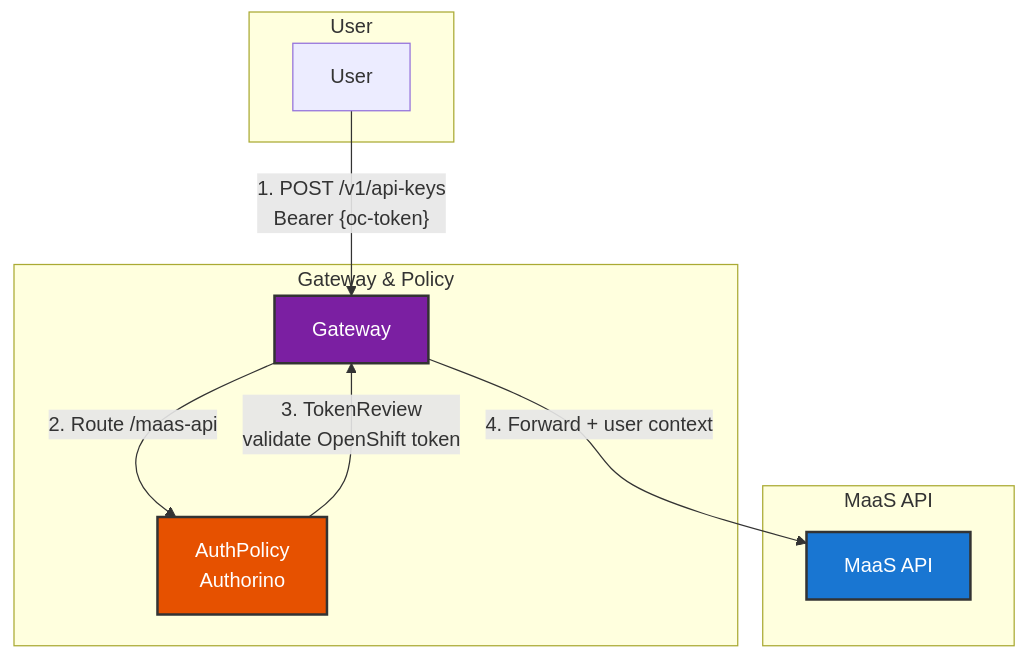
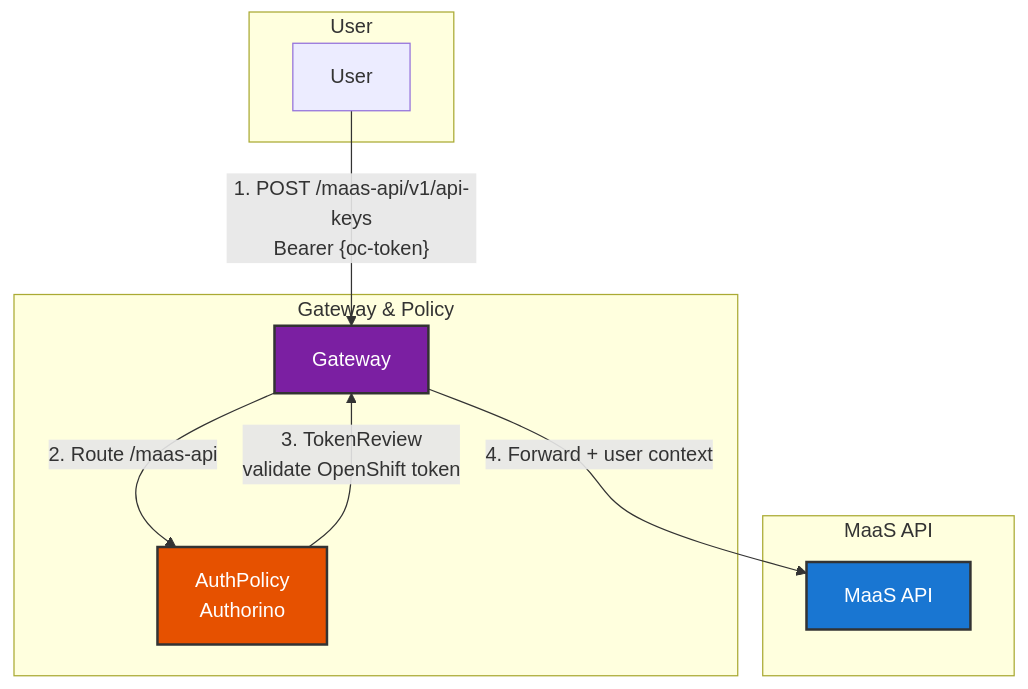
Before and after one commit to jland-redhat/models-as-a-service: the second of 8 diagrams in docs/content/architecture.md, drawn with Mermaid. The commit also changed other lines of this file and 1 other file, not shown here.

````diff
--- a/docs/content/architecture.md
+++ b/docs/content/architecture.md
@@ -76,24 +76,24 @@
 ```mermaid
 graph TB
     subgraph UserLayer["User"]
         U[User]
     end
     
     subgraph GatewayLayer["Gateway & Policy"]
         G[Gateway]
         AP[AuthPolicy<br/>Authorino]
     end
     
     subgraph KeyMintingLayer["MaaS API"]
         KMS[MaaS API]
     end
     
-    U -->|"1. POST /v1/api-keys<br/>Bearer {oc-token}"| G
+    U -->|"1. POST /maas-api/v1/api-keys<br/>Bearer {oc-token}"| G
     G -->|"2. Route /maas-api"| AP
     AP -->|"3. TokenReview<br/>validate OpenShift token"| G
     G -->|"4. Forward + user context"| KMS
     
     style KMS fill:#1976d2,stroke:#333,stroke-width:2px,color:#fff
     style G fill:#7b1fa2,stroke:#333,stroke-width:2px,color:#fff
     style AP fill:#e65100,stroke:#333,stroke-width:2px,color:#fff
 ```
````
